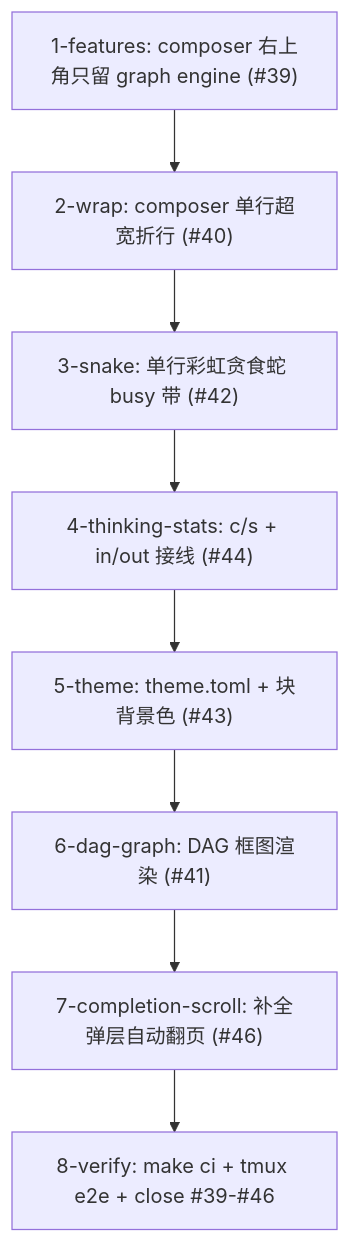
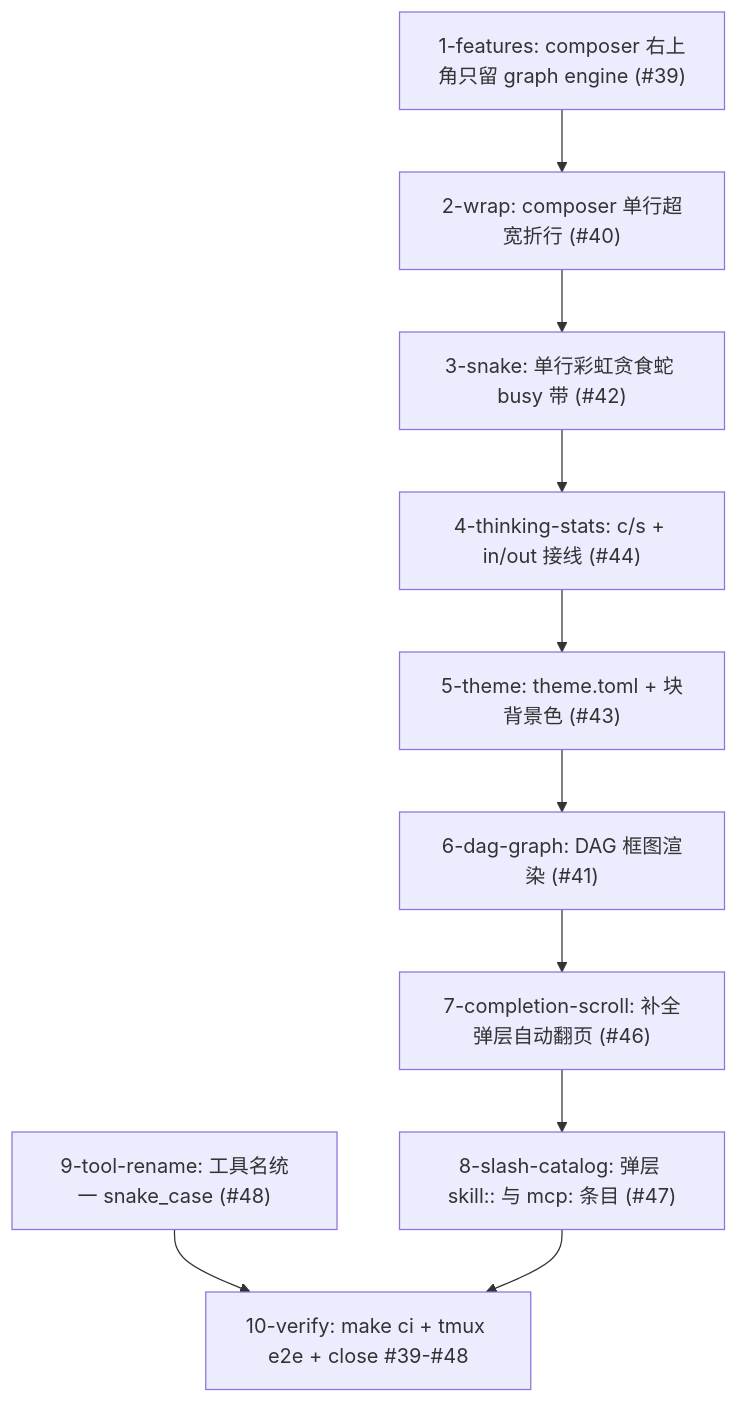
The diagram in openspec/changes/tui-batch-polish/tasks.md (ptlzc/theway), drawn with Mermaid before and after one commit. The commit also changed other lines of this file and 1 other file, not shown here.

Commit message:
docs(#47,#48): tui-batch-polish 增补 slash skill::/mcp: 条目与工具名 snake_case 统一（9-tool-rename 并行分支）

````diff
--- a/openspec/changes/tui-batch-polish/tasks.md
+++ b/openspec/changes/tui-batch-polish/tasks.md
@@ -3,10 +3,12 @@
 ```mermaid
 graph TD
   A["1-features: composer 右上角只留 graph engine (#39)"] --> B["2-wrap: composer 单行超宽折行 (#40)"]
   B --> C["3-snake: 单行彩虹贪食蛇 busy 带 (#42)"]
   C --> D["4-thinking-stats: c/s + in/out 接线 (#44)"]
   D --> E["5-theme: theme.toml + 块背景色 (#43)"]
   E --> F["6-dag-graph: DAG 框图渲染 (#41)"]
   F --> G["7-completion-scroll: 补全弹层自动翻页 (#46)"]
-  G --> H["8-verify: make ci + tmux e2e + close #39-#46"]
+  G --> H["8-slash-catalog: 弹层 skill:: 与 mcp: 条目 (#47)"]
+  I["9-tool-rename: 工具名统一 snake_case (#48)"] --> J["10-verify"]
+  H --> J["10-verify: make ci + tmux e2e + close #39-#48"]
 ```
````
